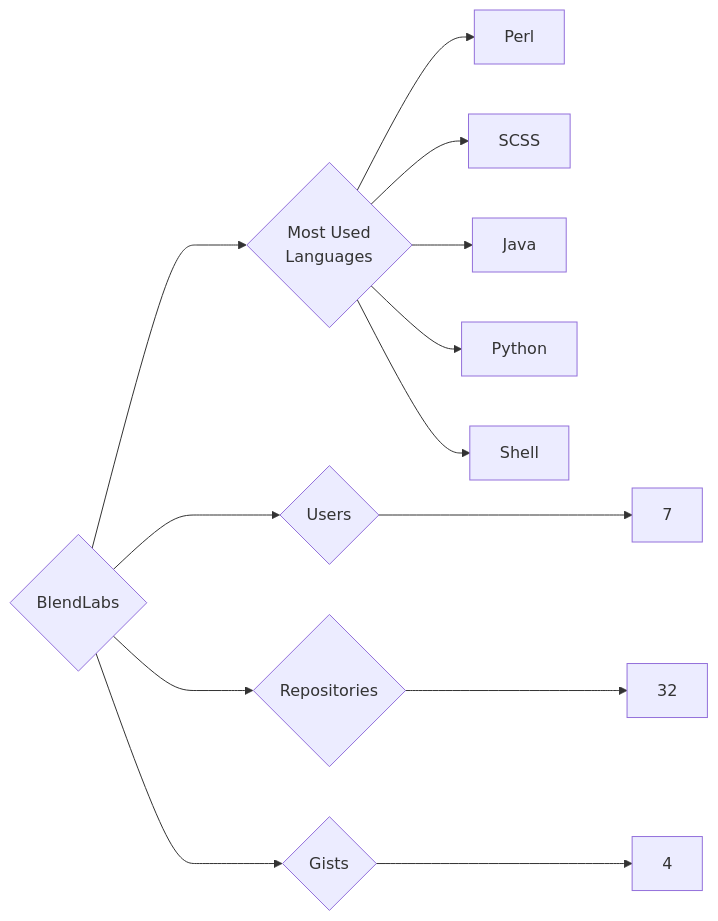
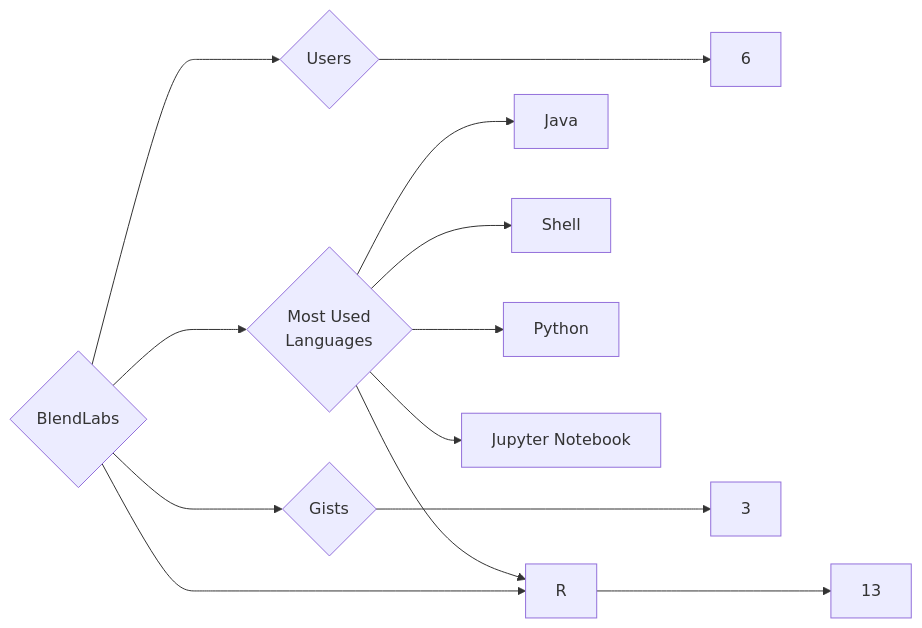
One commit to trickest/insiders changed the diagram in targets/BlendLabs/README.md. Above: the diagram before and after it, drawn with Mermaid. The commit also changed 783 other files, not shown here.

````diff
--- a/targets/BlendLabs/README.md
+++ b/targets/BlendLabs/README.md
@@ -3,13 +3,13 @@
 ```mermaid
 graph LR
 COMPANY_NAME{BlendLabs}
-COMPANY_NAME ---> U{Users} ---> UN[7]
-COMPANY_NAME ---> R{Repositories} ---> RN[32]
-COMPANY_NAME ---> G{Gists} ---> GN[4]
+COMPANY_NAME ---> U{Users} ---> UN[6]
+COMPANY_NAME ---> R{Repositories} ---> RN[13]
+COMPANY_NAME ---> G{Gists} ---> GN[3]
 COMPANY_NAME ---> ML{Most Used<br>Languages}
-ML --> Perl[Perl]
-ML --> SCSS[SCSS]
 ML --> Java[Java]
+ML --> Shell[Shell]
+ML --> R[R]
 ML --> Python[Python]
-ML --> Shell[Shell]
+ML --> Jupyter_Notebook[Jupyter Notebook]
 ```
````
